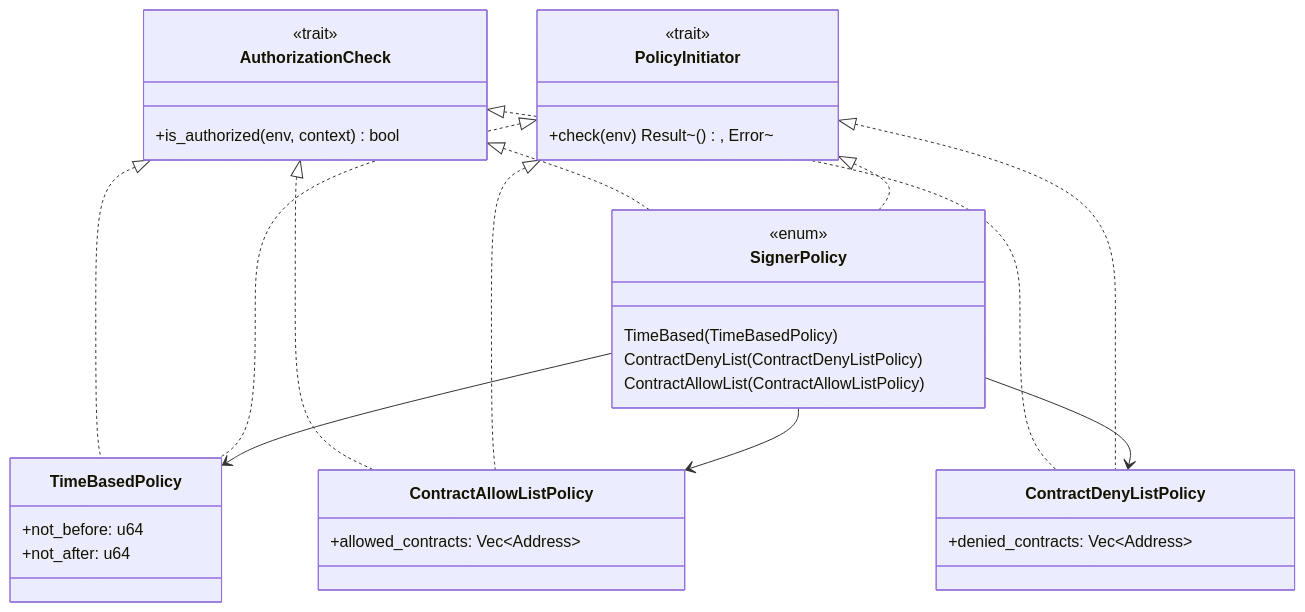
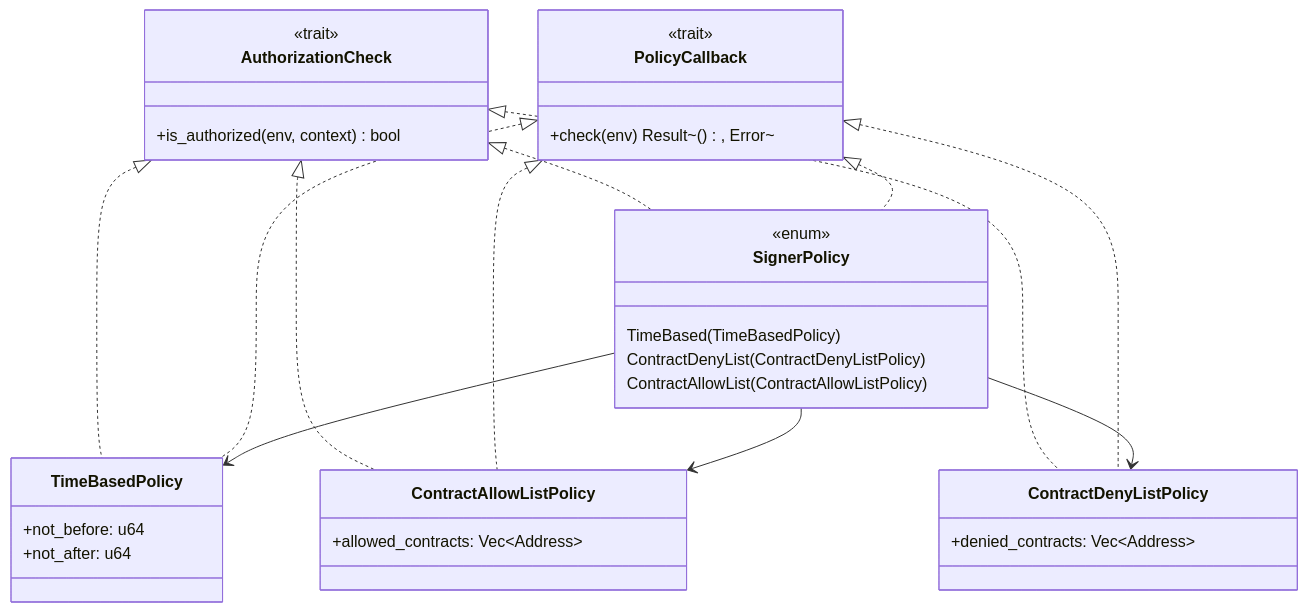
Before and after one commit to Crossmint/stellar-smart-account: the third of 5 diagrams in contracts/smart-account/README.md, drawn with Mermaid. The commit also changed other lines of this file and 5 other files, not shown here.

````diff
--- a/contracts/smart-account/README.md
+++ b/contracts/smart-account/README.md
@@ -172,45 +172,45 @@
 ```mermaid
 classDiagram
     class AuthorizationCheck {
         <<trait>>
         +is_authorized(env, context) bool
     }
     
-    class PolicyInitiator {
+    class PolicyCallback {
         <<trait>>
         +check(env) Result~(), Error~
     }
     
     class SignerPolicy {
         <<enum>>
         TimeBased(TimeBasedPolicy)
         ContractDenyList(ContractDenyListPolicy)
         ContractAllowList(ContractAllowListPolicy)
     }
     
     class TimeBasedPolicy {
         +not_before: u64
         +not_after: u64
     }
     
     class ContractAllowListPolicy {
         +allowed_contracts: Vec~Address~
     }
     
     class ContractDenyListPolicy {
         +denied_contracts: Vec~Address~
     }
     
     AuthorizationCheck <|.. SignerPolicy
-    PolicyInitiator <|.. SignerPolicy
+    PolicyCallback <|.. SignerPolicy
     AuthorizationCheck <|.. TimeBasedPolicy
     AuthorizationCheck <|.. ContractAllowListPolicy
     AuthorizationCheck <|.. ContractDenyListPolicy
-    PolicyInitiator <|.. TimeBasedPolicy
-    PolicyInitiator <|.. ContractAllowListPolicy
-    PolicyInitiator <|.. ContractDenyListPolicy
+    PolicyCallback <|.. TimeBasedPolicy
+    PolicyCallback <|.. ContractAllowListPolicy
+    PolicyCallback <|.. ContractDenyListPolicy
     
     SignerPolicy --> TimeBasedPolicy
     SignerPolicy --> ContractAllowListPolicy
     SignerPolicy --> ContractDenyListPolicy
 ```
````
